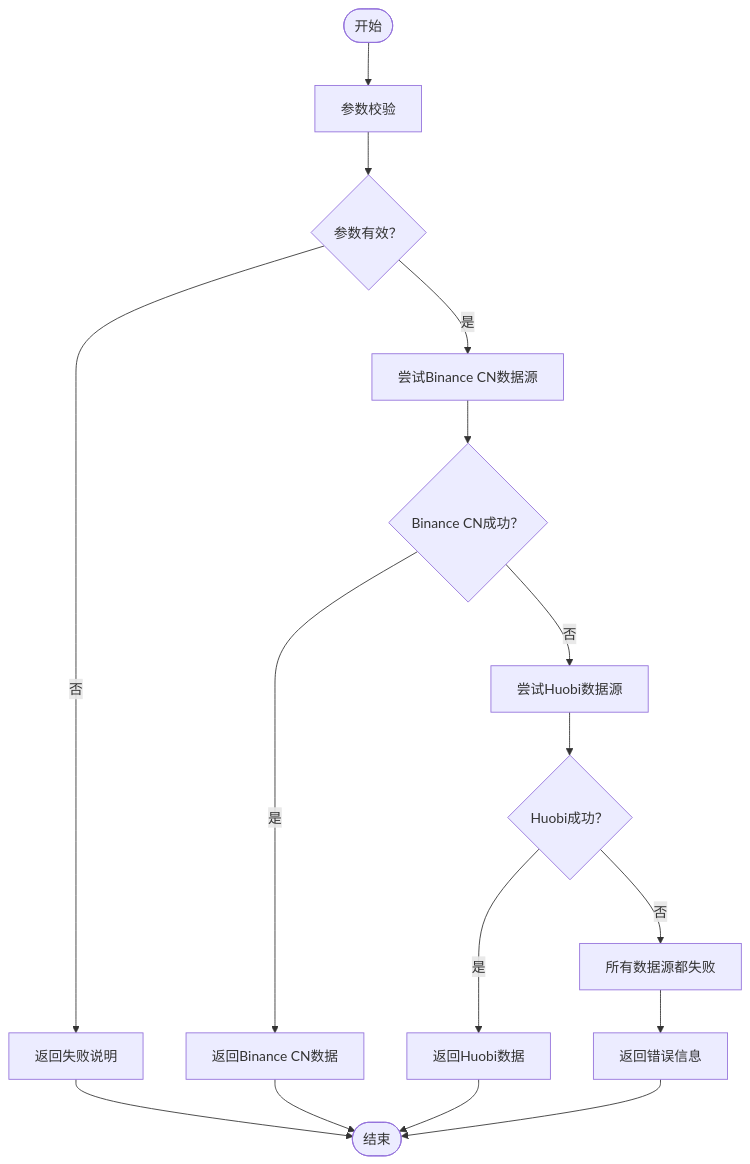
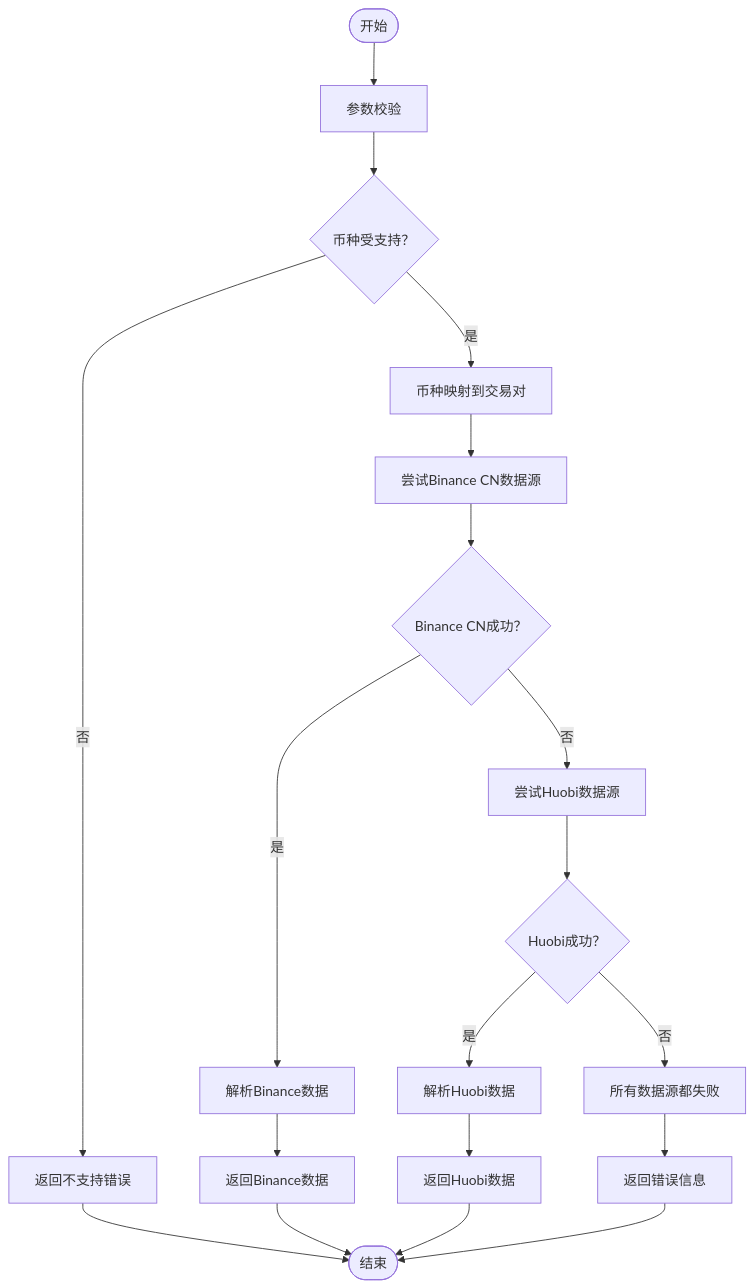
Before and after one commit to CryptoLinxu/Web3-AI-Agent: the third of 4 diagrams in .qoder/repowiki/zh/content/Web3工具集成/核心Web3工具实现/ETH价格查询工具.md, drawn with Mermaid. The commit also changed other lines of this file and 9 other files, not shown here.

````diff
--- a/.qoder/repowiki/zh/content/Web3工具集成/核心Web3工具实现/ETH价格查询工具.md
+++ b/.qoder/repowiki/zh/content/Web3工具集成/核心Web3工具实现/ETH价格查询工具.md
@@ -170,18 +200,21 @@
 ```mermaid
 flowchart TD
 Start(["开始"]) --> Validate["参数校验"]
-Validate --> Valid{"参数有效？"}
-Valid --> |否| Fail["返回失败说明"]
-Valid --> |是| TryBinance["尝试Binance CN数据源"]
+Validate --> Valid{"币种受支持？"}
+Valid --> |否| Unsupported["返回不支持错误"]
+Valid --> |是| MapSymbol["币种映射到交易对"]
+MapSymbol --> TryBinance["尝试Binance CN数据源"]
 TryBinance --> BinSuccess{"Binance CN成功？"}
-BinSuccess --> |是| ReturnBin["返回Binance CN数据"]
+BinSuccess --> |是| ParseBin["解析Binance数据"]
+ParseBin --> ReturnBin["返回Binance数据"]
 BinSuccess --> |否| TryHuobi["尝试Huobi数据源"]
 TryHuobi --> HuoSuccess{"Huobi成功？"}
-HuoSuccess --> |是| ReturnHuo["返回Huobi数据"]
+HuoSuccess --> |是| ParseHuo["解析Huobi数据"]
+ParseHuo --> ReturnHuo["返回Huobi数据"]
 HuoSuccess --> |否| AllFailed["所有数据源都失败"]
 AllFailed --> ReturnError["返回错误信息"]
-Fail --> End(["结束"])
+Unsupported --> End(["结束"])
 ReturnBin --> End
 ReturnHuo --> End
 ReturnError --> End
 ```
````
